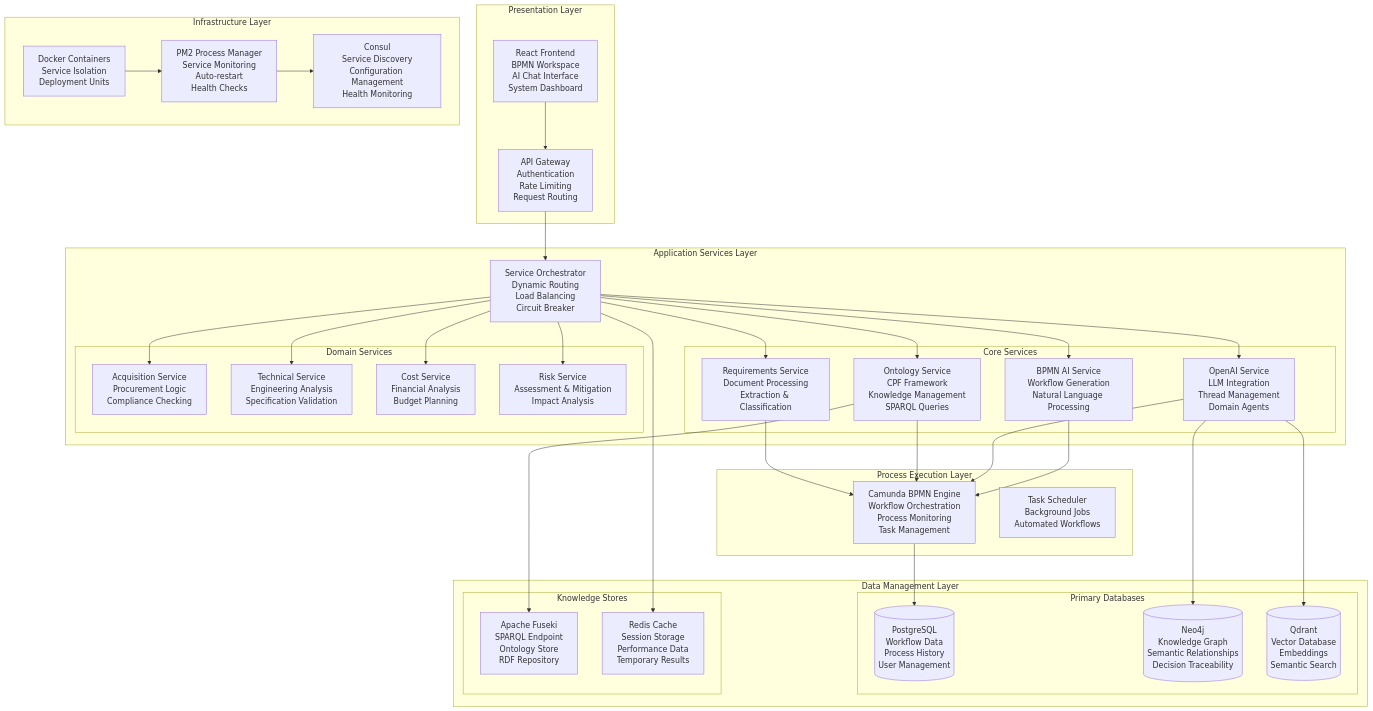
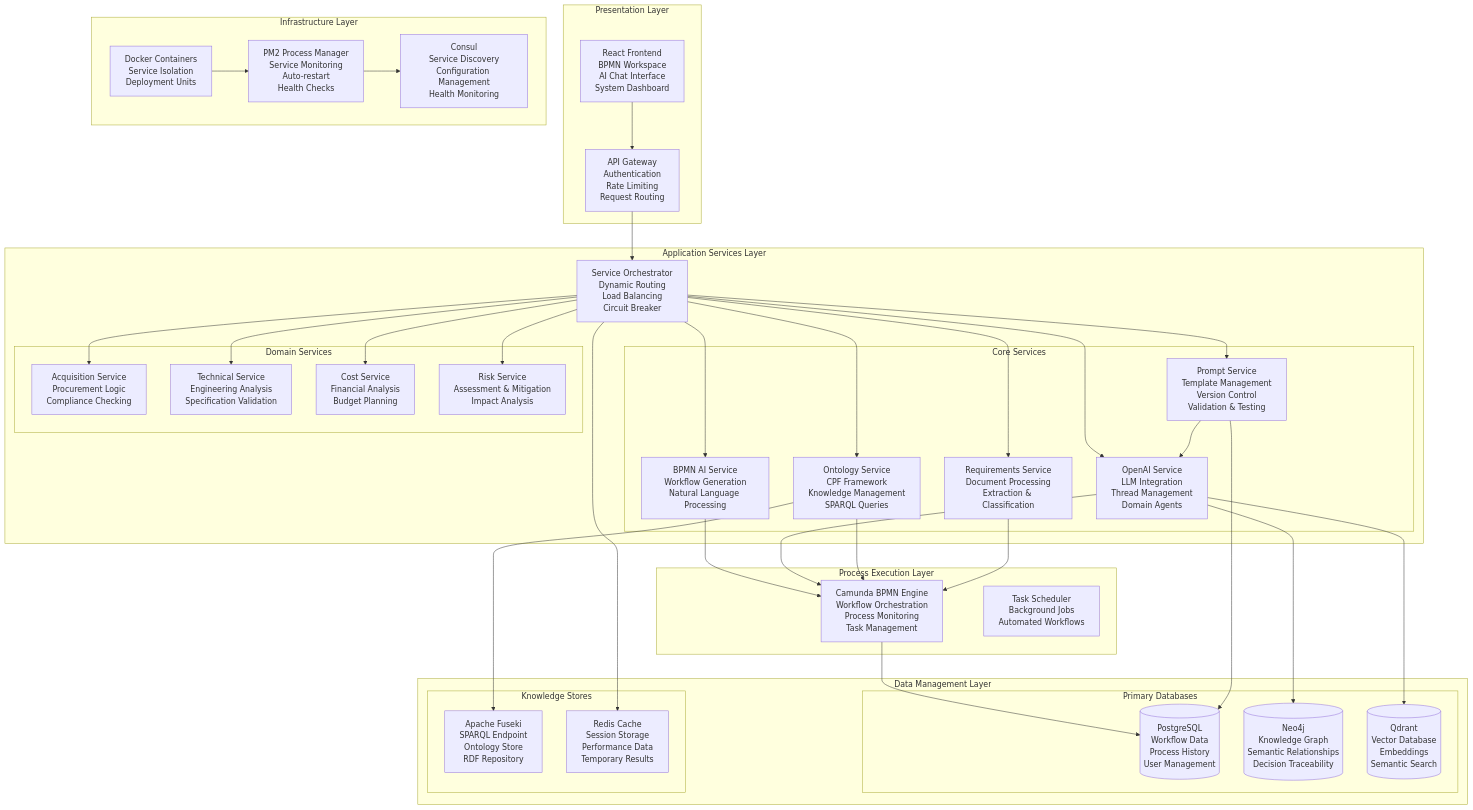
One commit to laserpointlabs/dadms changed the first of 7 diagrams in docs/summaries/architecture_overview.md. Above: the diagram before and after it, drawn with Mermaid. The commit also changed 4 other files, not shown here.

Commit message:
feat: Add Prompt Service documentation and architecture overview

````diff
--- a/docs/summaries/architecture_overview.md
+++ b/docs/summaries/architecture_overview.md
@@ -10,75 +10,79 @@
 ```mermaid
 graph TB
     subgraph "Presentation Layer"
         UI[React Frontend<br/>BPMN Workspace<br/>AI Chat Interface<br/>System Dashboard]
         API_GW[API Gateway<br/>Authentication<br/>Rate Limiting<br/>Request Routing]
     end
     
     subgraph "Application Services Layer"
         SO[Service Orchestrator<br/>Dynamic Routing<br/>Load Balancing<br/>Circuit Breaker]
         
         subgraph "Core Services"
             BPMN_SVC[BPMN AI Service<br/>Workflow Generation<br/>Natural Language Processing]
             AI_SVC[OpenAI Service<br/>LLM Integration<br/>Thread Management<br/>Domain Agents]
             ONT_SVC[Ontology Service<br/>CPF Framework<br/>Knowledge Management<br/>SPARQL Queries]
             REQ_SVC[Requirements Service<br/>Document Processing<br/>Extraction & Classification]
+            PROMPT_SVC[Prompt Service<br/>Template Management<br/>Version Control<br/>Validation & Testing]
         end
         
         subgraph "Domain Services"
             ACQ_SVC[Acquisition Service<br/>Procurement Logic<br/>Compliance Checking]
             TECH_SVC[Technical Service<br/>Engineering Analysis<br/>Specification Validation]
             COST_SVC[Cost Service<br/>Financial Analysis<br/>Budget Planning]
             RISK_SVC[Risk Service<br/>Assessment & Mitigation<br/>Impact Analysis]
         end
     end
     
     subgraph "Process Execution Layer"
         CAM[Camunda BPMN Engine<br/>Workflow Orchestration<br/>Process Monitoring<br/>Task Management]
         SCHED[Task Scheduler<br/>Background Jobs<br/>Automated Workflows]
     end
     
     subgraph "Data Management Layer"
         subgraph "Primary Databases"
             PG[(PostgreSQL<br/>Workflow Data<br/>Process History<br/>User Management)]
             NEO[(Neo4j<br/>Knowledge Graph<br/>Semantic Relationships<br/>Decision Traceability)]
             QD[(Qdrant<br/>Vector Database<br/>Embeddings<br/>Semantic Search)]
         end
         
         subgraph "Knowledge Stores"
             FUSEKI[Apache Fuseki<br/>SPARQL Endpoint<br/>Ontology Store<br/>RDF Repository]
             CACHE[Redis Cache<br/>Session Storage<br/>Performance Data<br/>Temporary Results]
         end
     end
     
     subgraph "Infrastructure Layer"
         DOCKER[Docker Containers<br/>Service Isolation<br/>Deployment Units]
         PM2[PM2 Process Manager<br/>Service Monitoring<br/>Auto-restart<br/>Health Checks]
         CONSUL[Consul<br/>Service Discovery<br/>Configuration Management<br/>Health Monitoring]
     end
     
     UI --> API_GW
     API_GW --> SO
     
     SO --> BPMN_SVC
     SO --> AI_SVC
     SO --> ONT_SVC
     SO --> REQ_SVC
+    SO --> PROMPT_SVC
     SO --> ACQ_SVC
     SO --> TECH_SVC
     SO --> COST_SVC
     SO --> RISK_SVC
     
     BPMN_SVC --> CAM
     AI_SVC --> CAM
     ONT_SVC --> CAM
     REQ_SVC --> CAM
+    PROMPT_SVC --> AI_SVC
     
     CAM --> PG
     AI_SVC --> NEO
     AI_SVC --> QD
     ONT_SVC --> FUSEKI
+    PROMPT_SVC --> PG
     SO --> CACHE
     
     DOCKER --> PM2
     PM2 --> CONSUL
 ```
````
